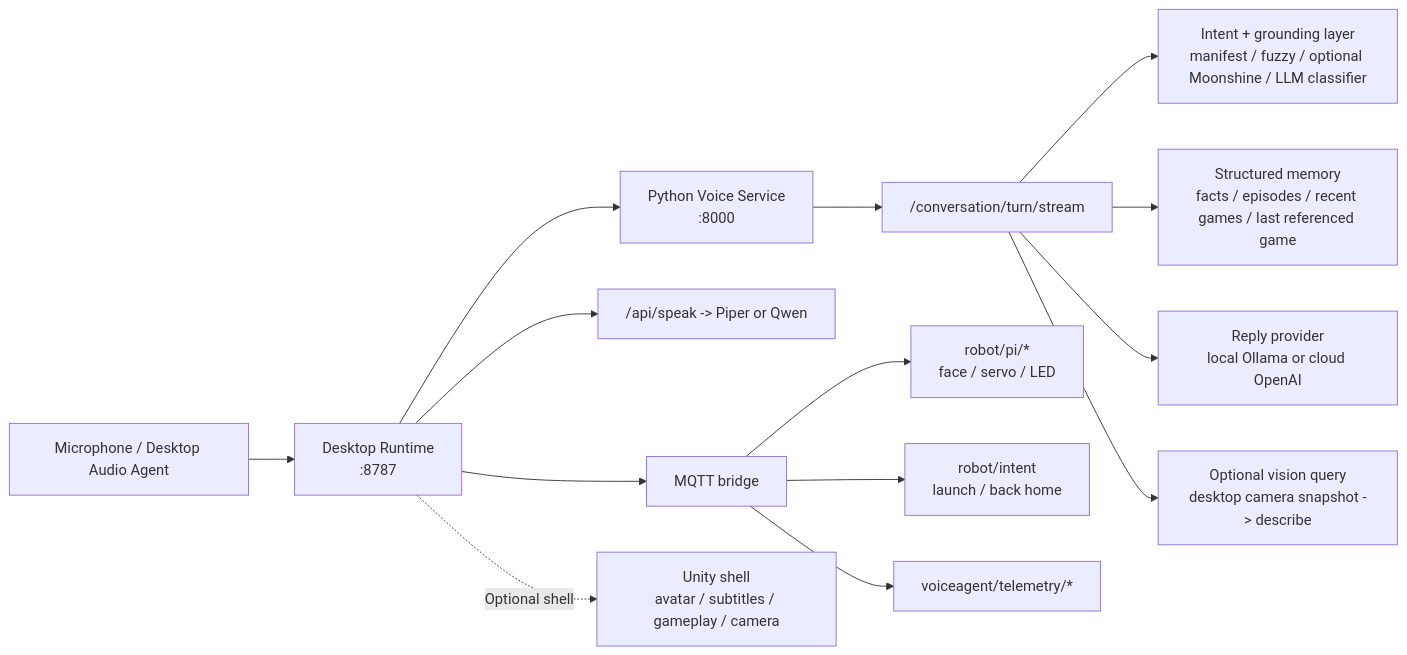
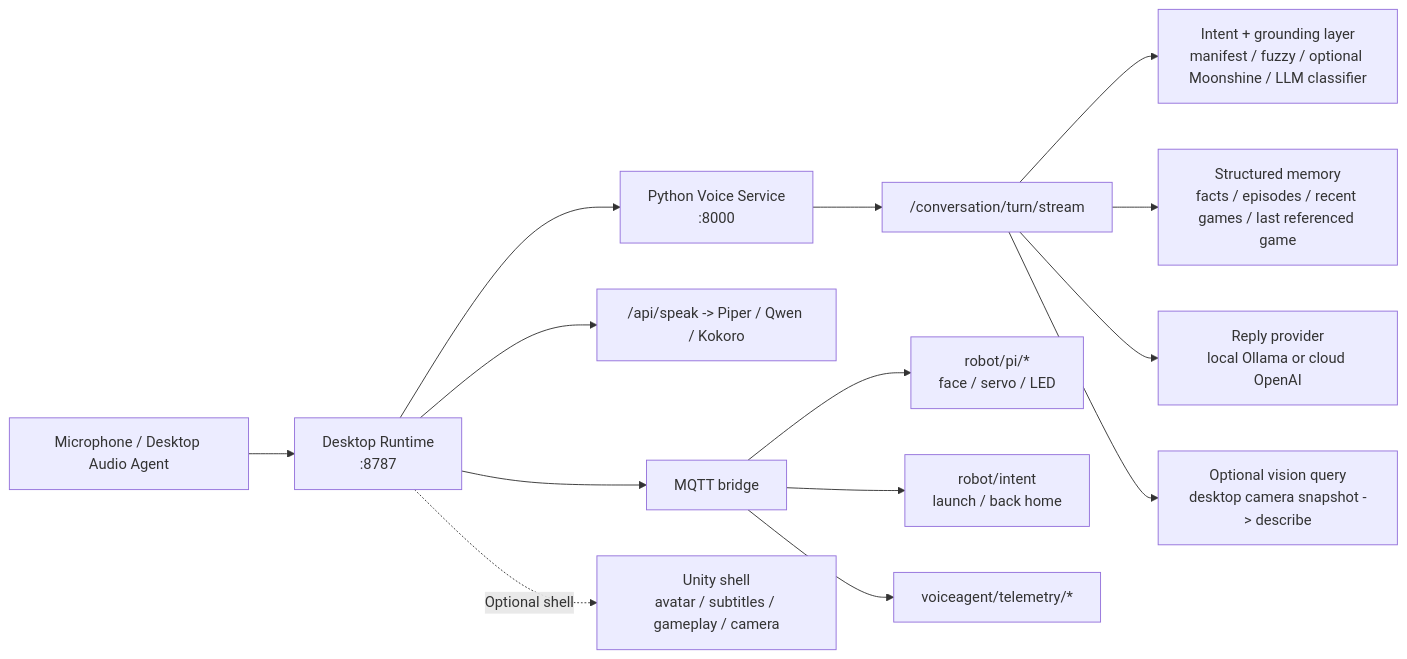
Before and after one commit to AmamiyaRenO/Voice_Agent: the first of 3 diagrams in README.md, drawn with Mermaid. The commit also changed other lines of this file and 6 other files, not shown here.

````diff
--- a/README.md
+++ b/README.md
@@ -75,16 +78,16 @@
 ```mermaid
 flowchart LR
     Mic["Microphone / Desktop Audio Agent"] --> Runtime["Desktop Runtime<br/>:8787"]
     Runtime --> Voice["Python Voice Service<br/>:8000"]
     Voice --> Turn["/conversation/turn/stream"]
     Turn --> Route["Intent + grounding layer<br/>manifest / fuzzy / optional Moonshine / LLM classifier"]
     Turn --> Memory["Structured memory<br/>facts / episodes / recent games / last referenced game"]
     Turn --> Provider["Reply provider<br/>local Ollama or cloud OpenAI"]
     Turn --> Vision["Optional vision query<br/>desktop camera snapshot -> describe"]
-    Runtime --> TTS["/api/speak -> Piper or Qwen"]
+    Runtime --> TTS["/api/speak -> Piper / Qwen / Kokoro"]
     Runtime --> MQTT["MQTT bridge"]
     MQTT --> Robot["robot/pi/*<br/>face / servo / LED"]
     MQTT --> Intent["robot/intent<br/>launch / back home"]
     MQTT --> Telemetry["voiceagent/telemetry/*"]
     Runtime -. Optional shell .-> Unity["Unity shell<br/>avatar / subtitles / gameplay / camera"]
 ```
````
